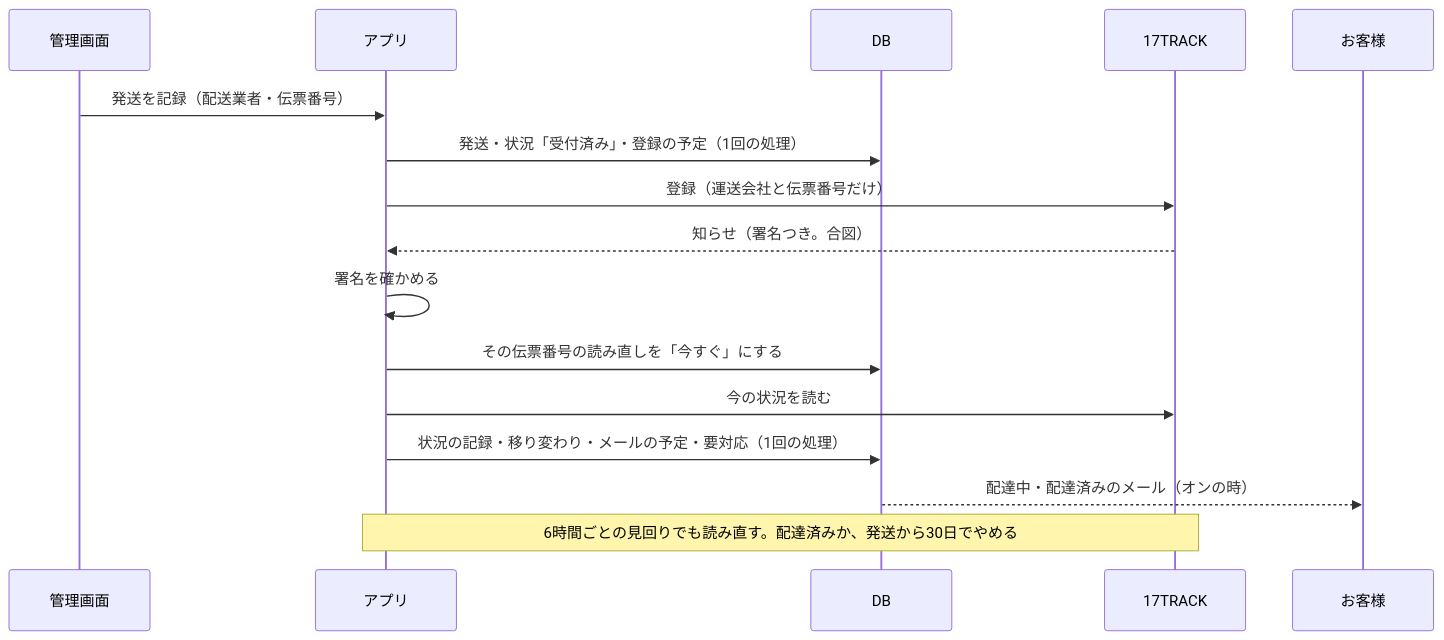
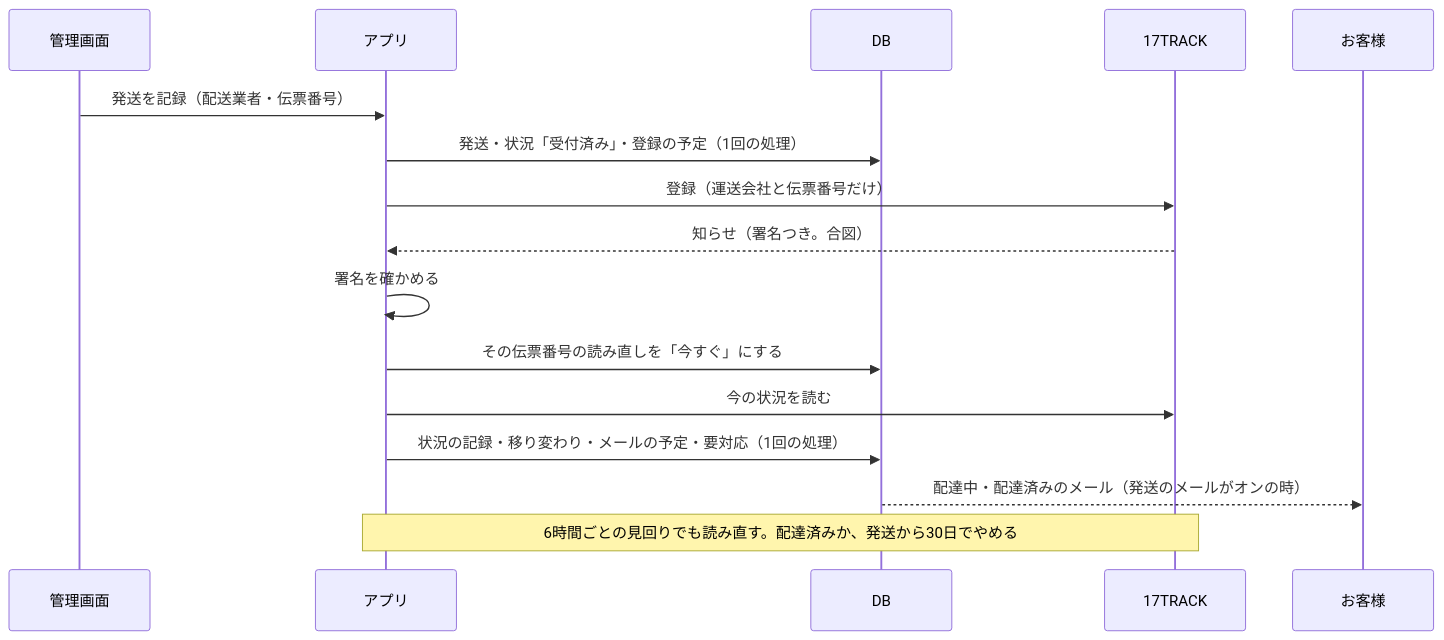
The diagram in docs/superpowers/specs/2026-10-21-delivery-status-design.md (ChocoWork/o_official), drawn with Mermaid before and after one commit. The commit also changed other lines of this file and 1 other file, not shown here.

````diff
--- a/docs/superpowers/specs/2026-10-21-delivery-status-design.md
+++ b/docs/superpowers/specs/2026-10-21-delivery-status-design.md
@@ -130,19 +197,19 @@
 ```mermaid
 sequenceDiagram
   participant Admin as 管理画面
   participant App as アプリ
   participant DB as DB
   participant T as 17TRACK
   participant C as お客様
 
   Admin->>App: 発送を記録（配送業者・伝票番号）
   App->>DB: 発送・状況「受付済み」・登録の予定（1回の処理）
   App->>T: 登録（運送会社と伝票番号だけ）
   T-->>App: 知らせ（署名つき。合図）
   App->>App: 署名を確かめる
   App->>DB: その伝票番号の読み直しを「今すぐ」にする
   App->>T: 今の状況を読む
   App->>DB: 状況の記録・移り変わり・メールの予定・要対応（1回の処理）
-  DB-->>C: 配達中・配達済みのメール（オンの時）
+  DB-->>C: 配達中・配達済みのメール（発送のメールがオンの時）
   Note over App,T: 6時間ごとの見回りでも読み直す。配達済みか、発送から30日でやめる
 ```
````
